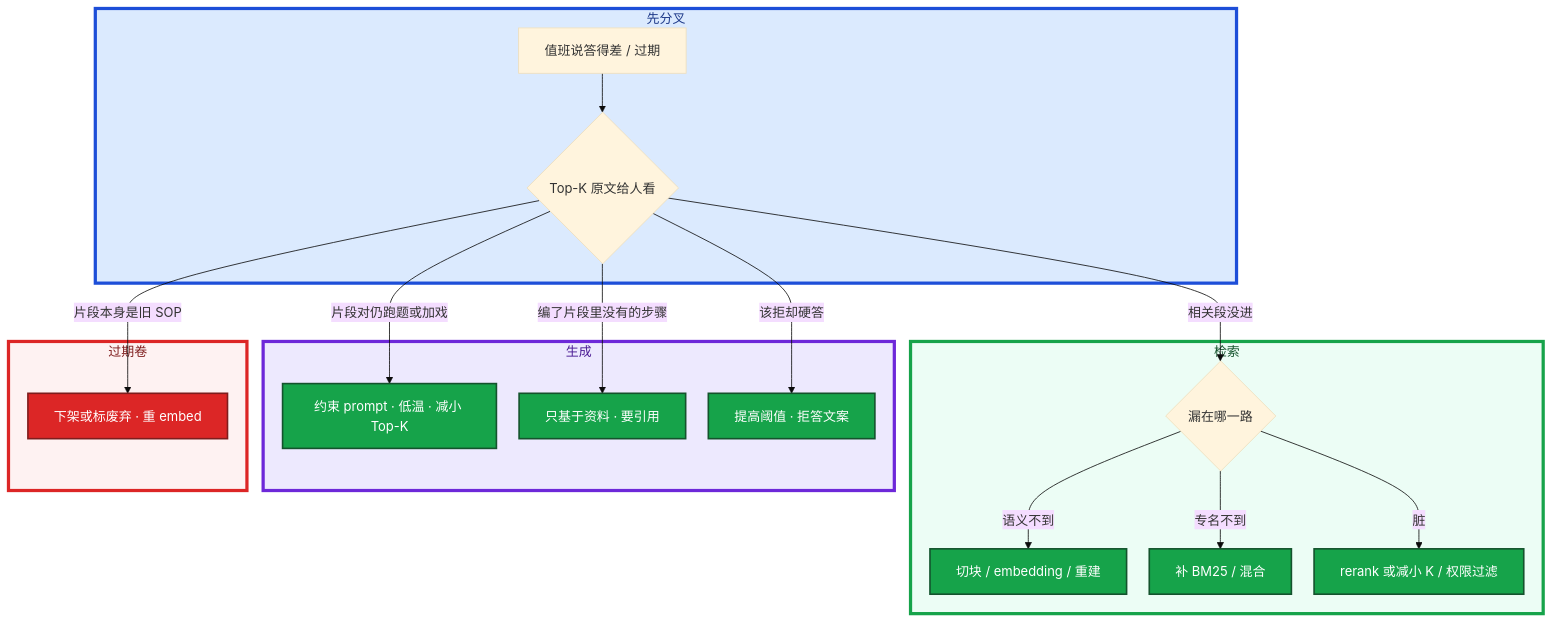
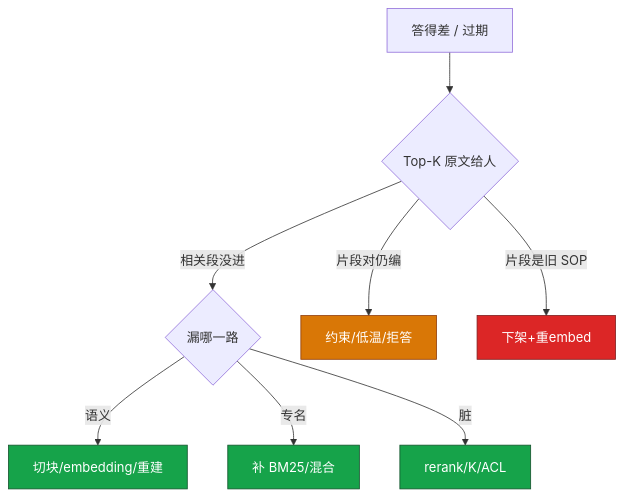
The fifth of 5 diagrams in 09-AI与智能运维/03-RAG检索增强/知识点.md (ml-cuizijun/LearnToLilith), drawn with Mermaid before and after one commit. The commit also changed other lines of this file and 213 other files, not shown here.

````diff
--- a/09-AI与智能运维/03-RAG检索增强/知识点.md
+++ b/09-AI与智能运维/03-RAG检索增强/知识点.md
@@ -399,35 +264,14 @@
 ```mermaid
-%%{init: {"flowchart": {"padding": 16, "nodeSpacing": 28, "rankSpacing": 48}, "theme": "base"}}%%
 flowchart TB
-    subgraph gate ["先分叉"]
-        A[值班说答得差 / 过期] --> B{Top-K 原文给人看}
-    end
+    classDef ok fill:#16A34A,stroke:#14532D,color:#fff
+    classDef bad fill:#DC2626,stroke:#7F1D1D,color:#fff
+    classDef warn fill:#D97706,stroke:#92400E,color:#fff
 
-    subgraph retr ["检索"]
-        B -->|相关段没进| C{漏在哪一路}
-        C -->|语义不到| D[切块 / embedding / 重建]
-        C -->|专名不到| E[补 BM25 / 混合]
-        C -->|脏| F[rerank 或减小 K / 权限过滤]
-    end
-
-    subgraph gen ["生成"]
-        B -->|片段对仍跑题或加戏| G[约束 prompt · 低温 · 减小 Top-K]
-        B -->|编了片段里没有的步骤| H[只基于资料 · 要引用]
-        B -->|该拒却硬答| I[提高阈值 · 拒答文案]
-    end
-
-    subgraph stale ["过期卷"]
-        B -->|片段本身是旧 SOP| J[下架或标废弃 · 重 embed]
-    end
-
-    classDef ok fill:#16A34A,stroke:#14532D,stroke-width:2px,color:#fff
-    classDef warn fill:#D97706,stroke:#92400E,stroke-width:2px,color:#fff
-    classDef bad fill:#DC2626,stroke:#7F1D1D,stroke-width:2px,color:#fff
-    class D,E,F,G,H,I ok
-    class J bad
-
-    style gate fill:#DBEAFE,stroke:#1D4ED8,stroke-width:4px,color:#1E3A8A
-    style retr fill:#ECFDF5,stroke:#16A34A,stroke-width:4px,color:#14532D
-    style gen fill:#EDE9FE,stroke:#6D28D9,stroke-width:4px,color:#4C1D95
-    style stale fill:#FEF2F2,stroke:#DC2626,stroke-width:4px,color:#7F1D1D
+    A[答得差 / 过期] --> B{Top-K 原文给人}
+    B -->|相关段没进| C{漏哪一路}
+    C -->|语义| D[切块/embedding/重建]:::ok
+    C -->|专名| E[补 BM25/混合]:::ok
+    C -->|脏| F[rerank/K/ACL]:::ok
+    B -->|片段对仍编| G[约束/低温/拒答]:::warn
+    B -->|片段是旧 SOP| H[下架+重embed]:::bad
 ```
````
